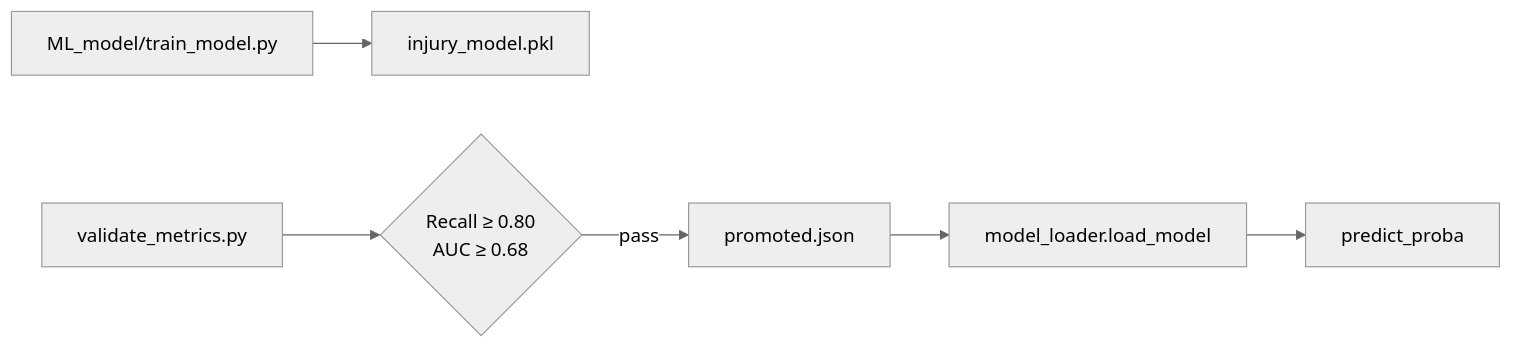
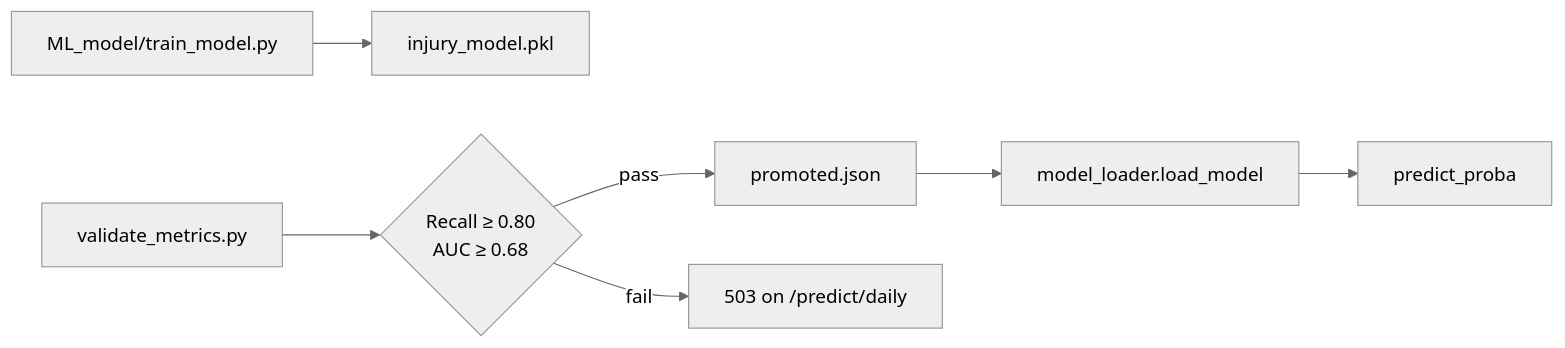
One commit to yahav97/final_project_AthleAgent changed the fifth of 6 diagrams in backend/docs/HLD.md. Above: the diagram before and after it, drawn with Mermaid (neutral theme). The commit also changed other lines of this file and 4 other files, not shown here.

````diff
--- a/backend/docs/HLD.md
+++ b/backend/docs/HLD.md
@@ -237,8 +246,9 @@
 ```mermaid
 flowchart LR
     Train[ML_model/train_model.py] --> Artifact[injury_model.pkl]
     Validate[validate_metrics.py] --> Gate{Recall ≥ 0.80<br/>AUC ≥ 0.68}
     Gate -->|pass| Promote[promoted.json]
     Promote --> Startup[model_loader.load_model]
     Startup --> Serve[predict_proba]
+    Gate -->|fail| Blocked[503 on /predict/daily]
 ```
````
